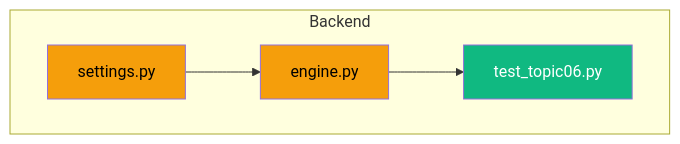
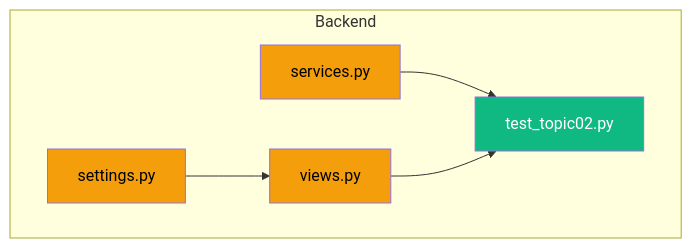
The fourth of 4 diagrams in .claude/Report.md (hongikarchi/archi-tinder), drawn with Mermaid before and after one commit. The commit also changed other lines of this file and 2 other files, not shown here.

First line of the commit message:
docs: mark TOPIC02 resolved + sync research/algorithm.md (Topic 02 narrow exception)

````diff
--- a/.claude/Report.md
+++ b/.claude/Report.md
@@ -189,13 +192,15 @@
 ```mermaid
 graph TD
     subgraph Backend
-        engine.py:::modified
+        services.py:::modified
+        views.py:::modified
         settings.py:::modified
-        test_topic06.py:::new
+        test_topic02.py:::new
     end
-    engine.py --> test_topic06.py
-    settings.py --> engine.py
+    services.py --> test_topic02.py
+    views.py --> test_topic02.py
+    settings.py --> views.py
 
     classDef new fill:#10b981,color:#fff
     classDef modified fill:#f59e0b,color:#000
 ```
````
